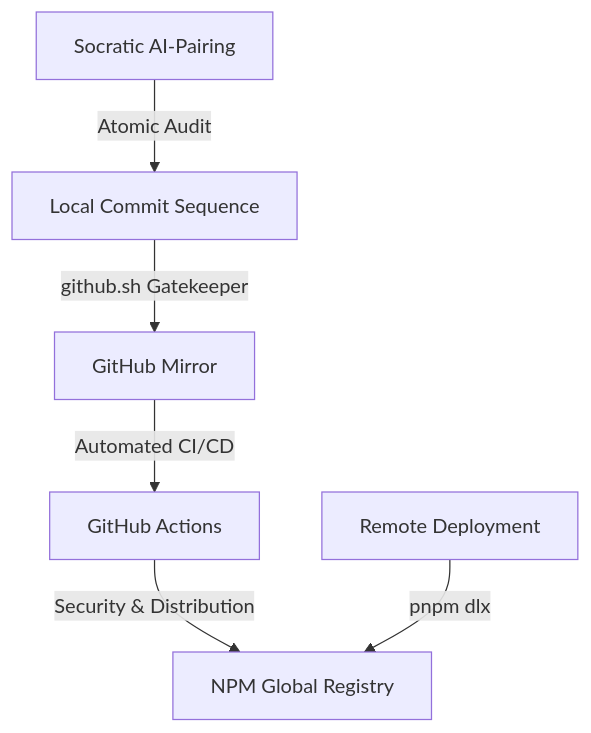
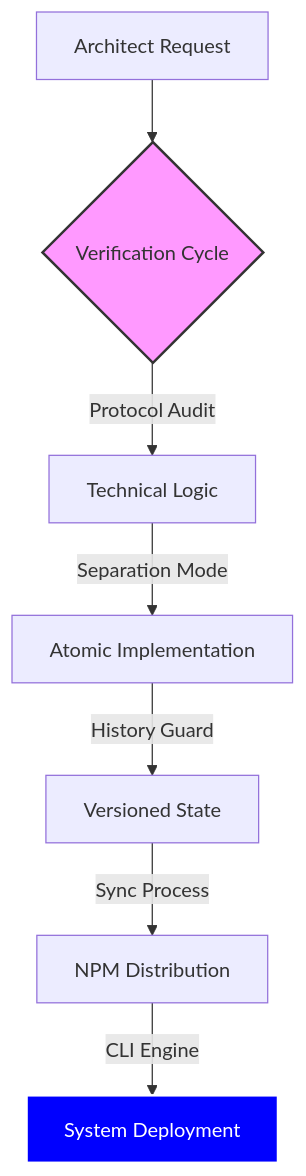
The diagram in README.md (wistant/dotfiles), drawn with Mermaid before and after one commit. The commit also changed other lines of this file, not shown here.

Commit message:
docs(readme): redesign header, add orchestration diagram and contributor section

````diff
--- a/README.md
+++ b/README.md
@@ -49,8 +32,12 @@
 ```mermaid
 graph TD
-    A[Socratic AI-Pairing] -- Atomic Audit --> B[Local Commit Sequence]
-    B -- github.sh Gatekeeper --> C[GitHub Mirror]
-    C -- Automated CI/CD --> D[GitHub Actions]
-    D -- Security & Distribution --> E[NPM Global Registry]
-    F[Remote Deployment] -- pnpm dlx --> E
+    A[Architect Request] --> B{Verification Cycle}
+    B -- Protocol Audit --> C[Technical Logic]
+    C -- Separation Mode --> D[Atomic Implementation]
+    D -- History Guard --> E[Versioned State]
+    E -- Sync Process --> F[NPM Distribution]
+    F -- CLI Engine --> G[System Deployment]
+
+    style B fill:#f9f,stroke:#333,stroke-width:2px
+    style G fill:#00ff,stroke:#fff,stroke-width:2px,color:#fff
 ```
````
